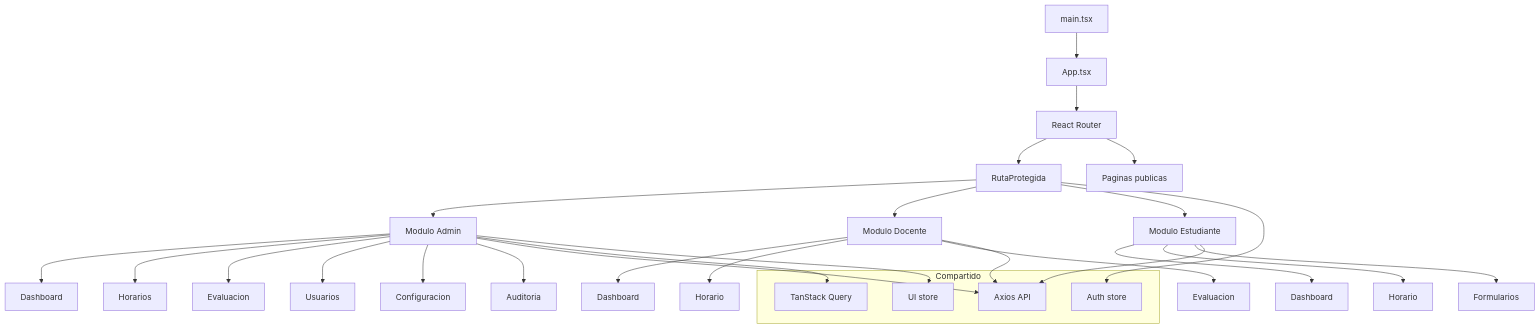
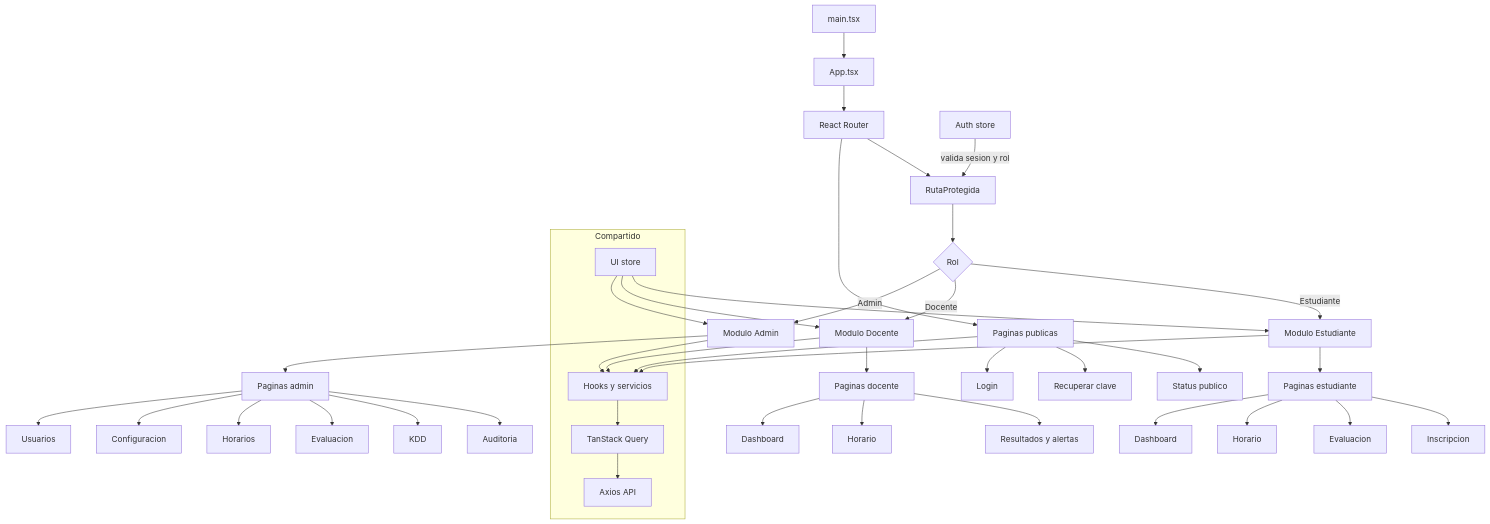
Before and after one commit to Proyecto-grado-ucc/proyectoGrado-server: the diagram in docs/diagramas/13_componentes_frontend.mmd, drawn with Mermaid. The commit also changed 34 other files, not shown here.

Commit message:
docs: refine architecture diagrams

```diff
--- a/docs/diagramas/13_componentes_frontend.mmd
+++ b/docs/diagramas/13_componentes_frontend.mmd
@@ -1,38 +1,51 @@
 flowchart TD
   A["main.tsx"] --> B["App.tsx"]
   B --> C["React Router"]
+  C --> P["Paginas publicas"]
+  P --> P1["Login"]
+  P --> P2["Recuperar clave"]
+  P --> P3["Status publico"]
+
   C --> D["RutaProtegida"]
-  C --> P["Paginas publicas"]
+  Auth["Auth store"] -->|"valida sesion y rol"| D
+  D --> R{"Rol"}
+  R -- "Admin" --> Admin["Modulo Admin"]
+  R -- "Docente" --> Doc["Modulo Docente"]
+  R -- "Estudiante" --> Est["Modulo Estudiante"]
 
-  D --> Admin["Modulo Admin"]
-  D --> Doc["Modulo Docente"]
-  D --> Est["Modulo Estudiante"]
+  Admin --> AP["Paginas admin"]
+  AP --> A1["Usuarios"]
+  AP --> A2["Configuracion"]
+  AP --> A3["Horarios"]
+  AP --> A4["Evaluacion"]
+  AP --> A5["KDD"]
+  AP --> A6["Auditoria"]
 
-  Admin --> A1["Dashboard"]
-  Admin --> A2["Horarios"]
-  Admin --> A3["Evaluacion"]
-  Admin --> A4["Usuarios"]
-  Admin --> A5["Configuracion"]
-  Admin --> A6["Auditoria"]
+  Doc --> DP["Paginas docente"]
+  DP --> D1["Dashboard"]
+  DP --> D2["Horario"]
+  DP --> D3["Resultados y alertas"]
 
-  Doc --> D1["Dashboard"]
-  Doc --> D2["Horario"]
-  Doc --> D3["Evaluacion"]
+  Est --> EP["Paginas estudiante"]
+  EP --> E1["Dashboard"]
+  EP --> E2["Horario"]
+  EP --> E3["Evaluacion"]
+  EP --> E4["Inscripcion"]
 
-  Est --> E1["Dashboard"]
-  Est --> E2["Horario"]
-  Est --> E3["Formularios"]
+  Admin --> Svc["Hooks y servicios"]
+  Doc --> Svc
+  Est --> Svc
+  P --> Svc
 
   subgraph Shared["Compartido"]
+    Svc
+    Query["TanStack Query"]
+    UI["UI store"]
     API["Axios API"]
-    Auth["Auth store"]
-    UI["UI store"]
-    Query["TanStack Query"]
   end
 
-  Admin --> API
-  Doc --> API
-  Est --> API
-  D --> Auth
-  Admin --> Query
-  Admin --> UI
+  Svc --> Query
+  Query --> API
+  UI --> Admin
+  UI --> Doc
+  UI --> Est
```
